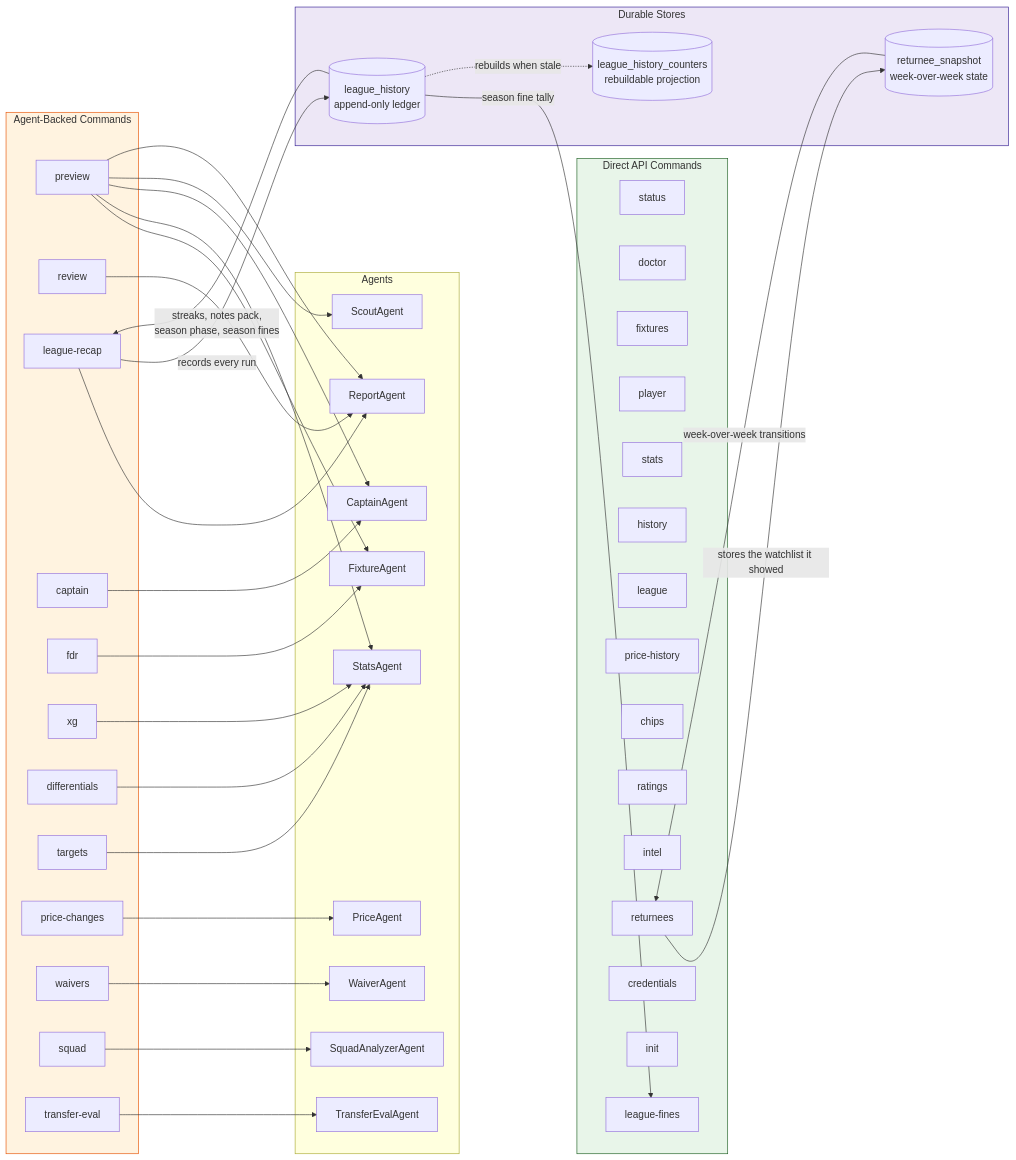
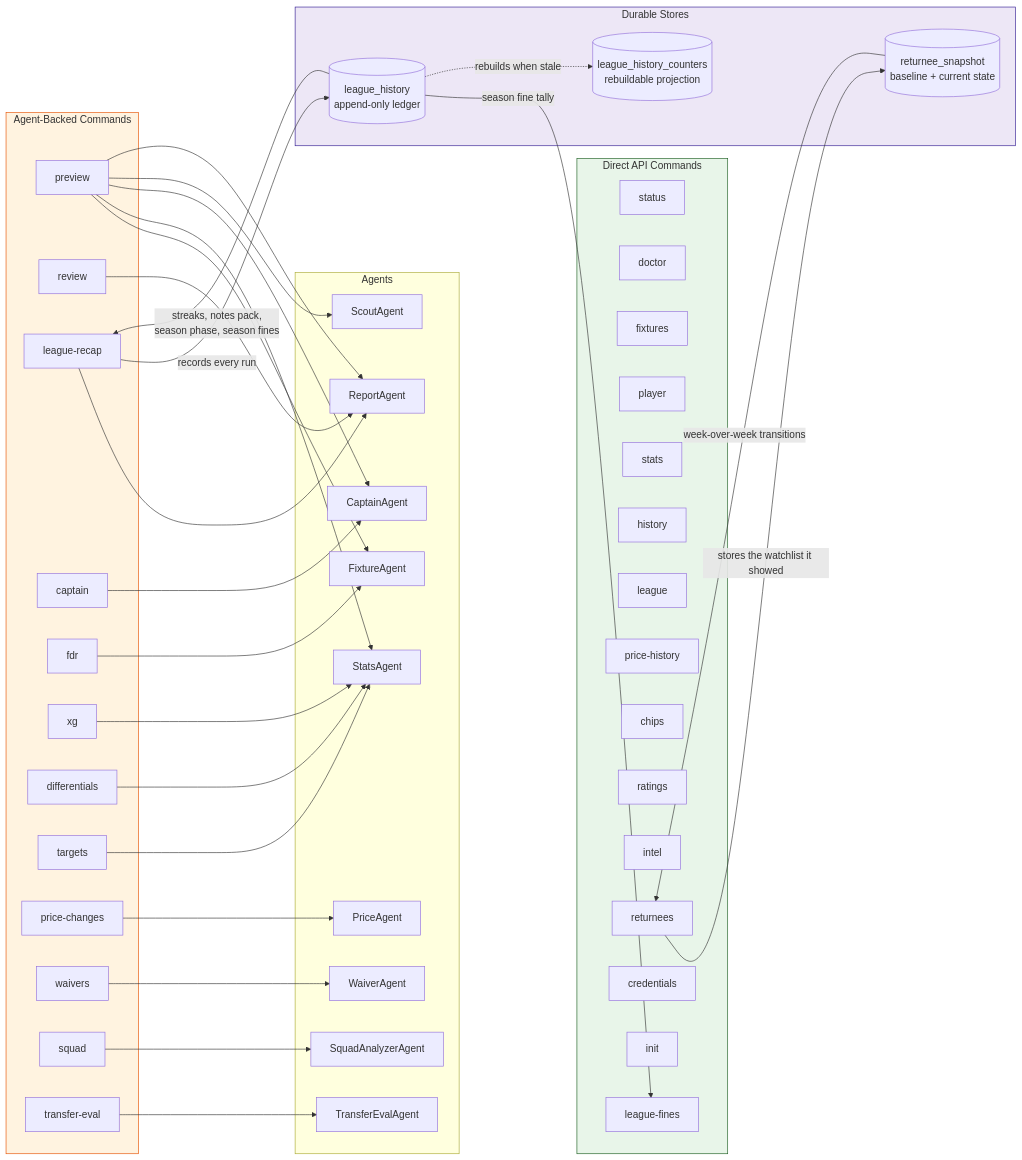
Before and after one commit to rossgroomio/fpl-cli: the fourth of 7 diagrams in docs/architecture.md, drawn with Mermaid. The commit also changed other lines of this file and 9 other files, not shown here.

Commit message:
fix: show returnee week-over-week changes on every run of a gameweek (#246)

````diff
--- a/docs/architecture.md
+++ b/docs/architecture.md
@@ -274,76 +274,76 @@
 ```mermaid
 flowchart LR
     subgraph Direct["Direct API Commands"]
         status["status"]
         doctor["doctor"]
         fixtures["fixtures"]
         player["player"]
         stats["stats"]
         history["history"]
         league["league"]
         price_hist["price-history"]
         chips["chips"]
         ratings["ratings"]
         intel["intel"]
         returnees["returnees"]
         credentials["credentials"]
         init["init"]
         fines["league-fines"]
     end
 
     subgraph ViaAgent["Agent-Backed Commands"]
         preview["preview"]
         review["review"]
         recap["league-recap"]
         cap["captain"]
         fdr["fdr"]
         xg["xg"]
         diff["differentials"]
         tgt["targets"]
         pr["price-changes"]
         waivers["waivers"]
         squad["squad"]
         transfer_eval["transfer-eval"]
     end
 
     subgraph Agents["Agents"]
         FA[FixtureAgent]
         PA[PriceAgent]
         SA[StatsAgent]
         SCA[ScoutAgent]
         CA[CaptainAgent]
         SQA[SquadAnalyzerAgent]
         WA[WaiverAgent]
         RA[ReportAgent]
         TEA[TransferEvalAgent]
     end
 
     subgraph Stores["Durable Stores"]
         LH[("league_history<br/>append-only ledger")]
         LHC[("league_history_counters<br/>rebuildable projection")]
-        RS[("returnee_snapshot<br/>week-over-week state")]
+        RS[("returnee_snapshot<br/>baseline + current state")]
     end
 
     preview --> FA & SA & CA & SCA & RA
     review --> RA
     recap --> RA
     recap -->|"records every run"| LH
     LH -->|"streaks, notes pack,<br/>season phase, season fines"| recap
     LH -->|"season fine tally"| fines
     LH -.->|"rebuilds when stale"| LHC
     returnees -->|"stores the watchlist it showed"| RS
     RS -->|"week-over-week transitions"| returnees
     cap --> CA
     fdr --> FA
     xg --> SA
     diff --> SA
     tgt --> SA
     pr --> PA
     waivers --> WA
     squad --> SQA
     transfer_eval --> TEA
 
     style Direct fill:#e8f5e9,stroke:#1b5e20
     style ViaAgent fill:#fff3e0,stroke:#e65100
     style Stores fill:#ede7f6,stroke:#311b92
 ```
````
